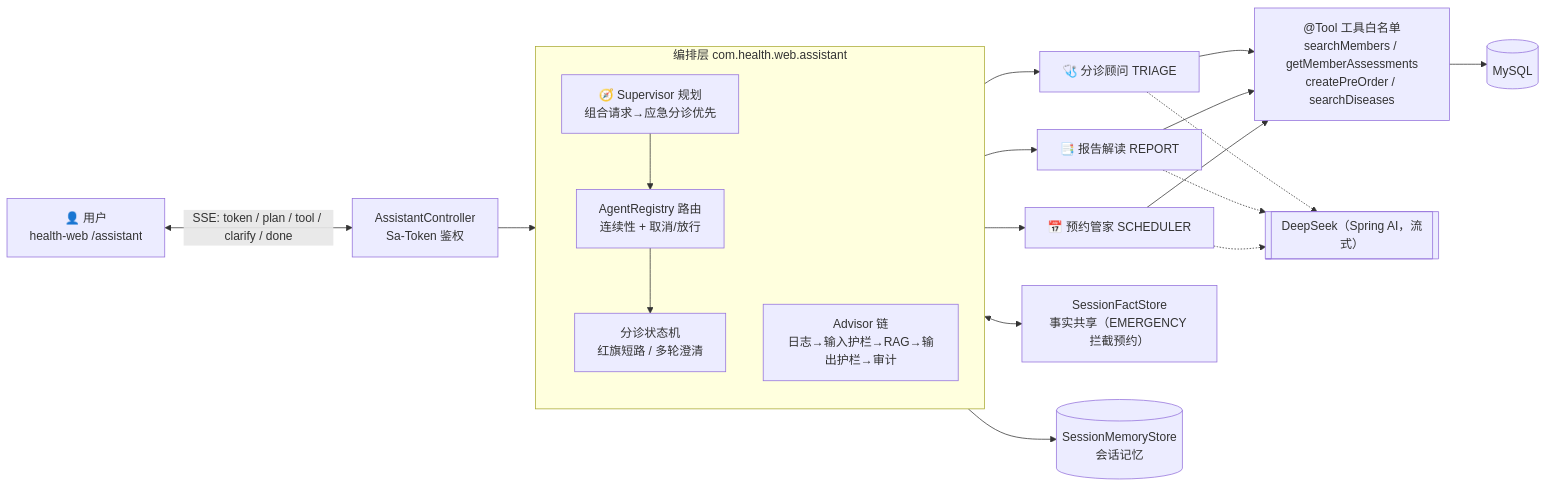
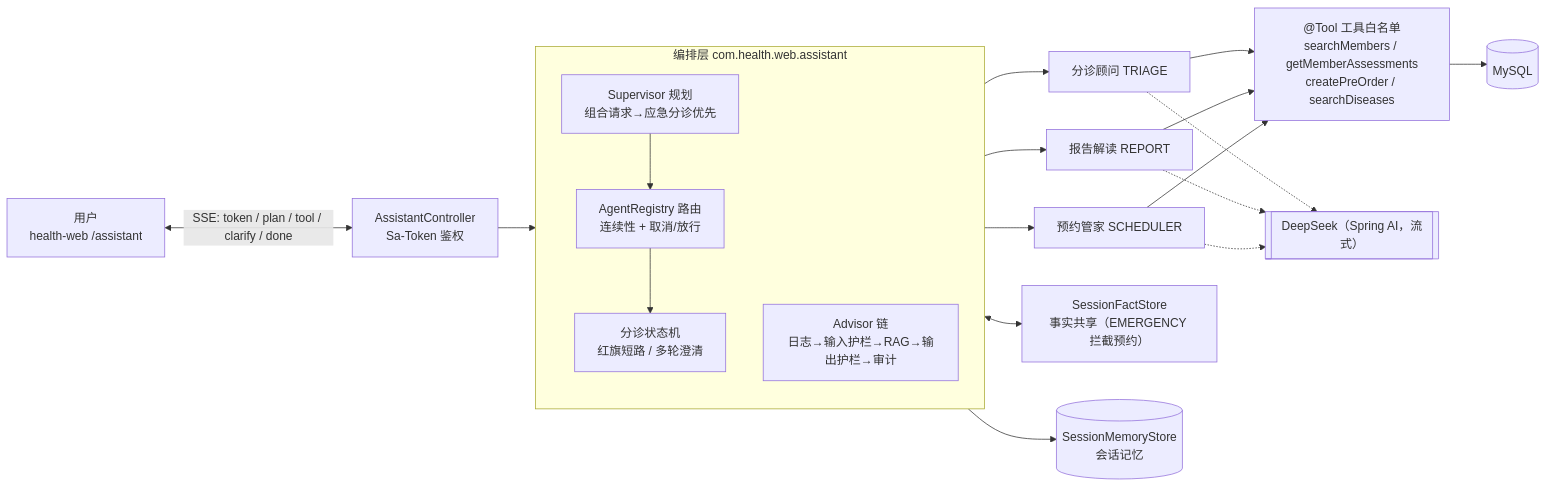
One commit to UniqueDevJing/triagent changed the diagram in README.md. Above: the diagram before and after it, drawn with Mermaid. The commit also changed other lines of this file, not shown here.

````diff
--- a/README.md
+++ b/README.md
@@ -41,20 +39,20 @@
 ```mermaid
 flowchart LR
-    U["👤 用户<br/>health-web /assistant"] <-->|SSE: token / plan / tool / clarify / done| C["AssistantController<br/>Sa-Token 鉴权"]
+    U[" 用户<br/>health-web /assistant"] <-->|SSE: token / plan / tool / clarify / done| C["AssistantController<br/>Sa-Token 鉴权"]
 
     subgraph ORCH["编排层 com.health.web.assistant"]
-        SUP["🧭 Supervisor 规划<br/>组合请求→应急分诊优先"] --> RT["AgentRegistry 路由<br/>连续性 + 取消/放行"]
+        SUP[" Supervisor 规划<br/>组合请求→应急分诊优先"] --> RT["AgentRegistry 路由<br/>连续性 + 取消/放行"]
         RT --> SM["分诊状态机<br/>红旗短路 / 多轮澄清"]
         AD["Advisor 链<br/>日志→输入护栏→RAG→输出护栏→审计"]
     end
 
     C --> ORCH
-    ORCH --> A1["🩺 分诊顾问 TRIAGE"]
-    ORCH --> A2["📑 报告解读 REPORT"]
-    ORCH --> A3["📅 预约管家 SCHEDULER"]
+    ORCH --> A1[" 分诊顾问 TRIAGE"]
+    ORCH --> A2[" 报告解读 REPORT"]
+    ORCH --> A3[" 预约管家 SCHEDULER"]
     A1 & A2 & A3 --> TL["@Tool 工具白名单<br/>searchMembers / getMemberAssessments<br/>createPreOrder / searchDiseases"]
     TL --> DB[("MySQL")]
     A1 & A2 & A3 -.-> LLM[["DeepSeek（Spring AI，流式）"]]
     ORCH <--> FS["SessionFactStore<br/>事实共享（EMERGENCY 拦截预约）"]
     ORCH --> MEM[("SessionMemoryStore<br/>会话记忆")]
 ```
````
